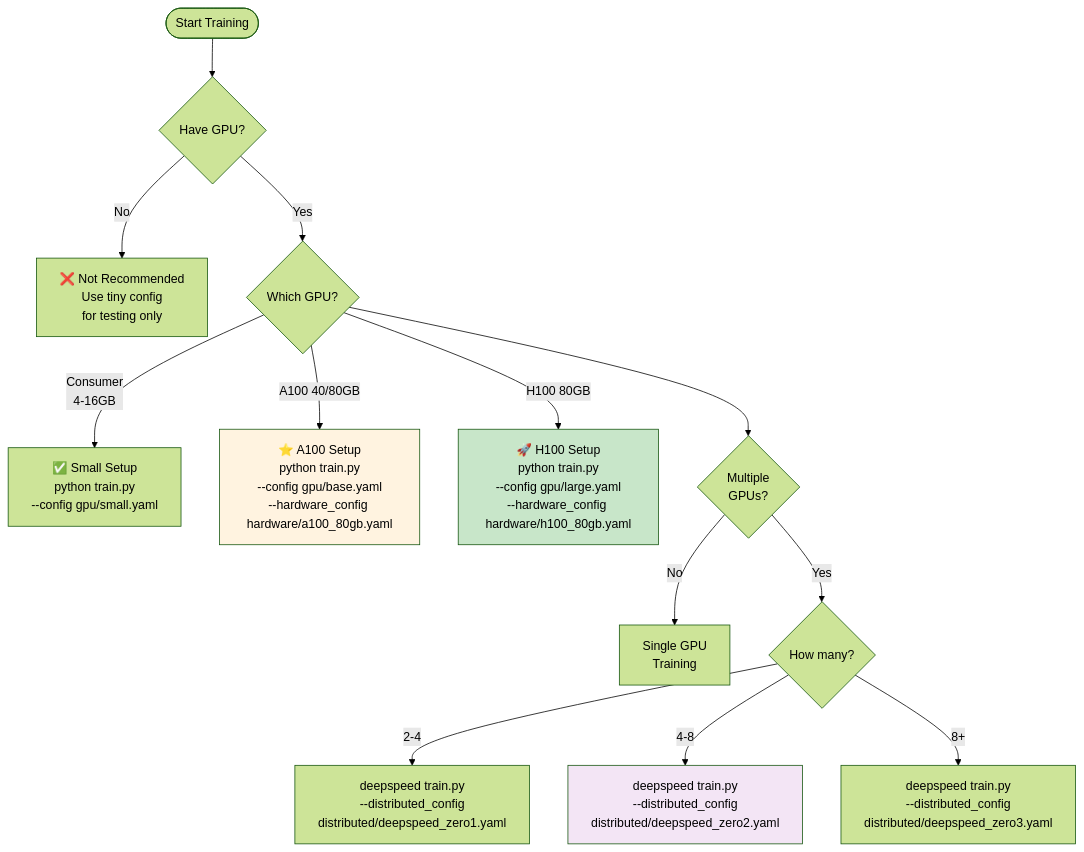
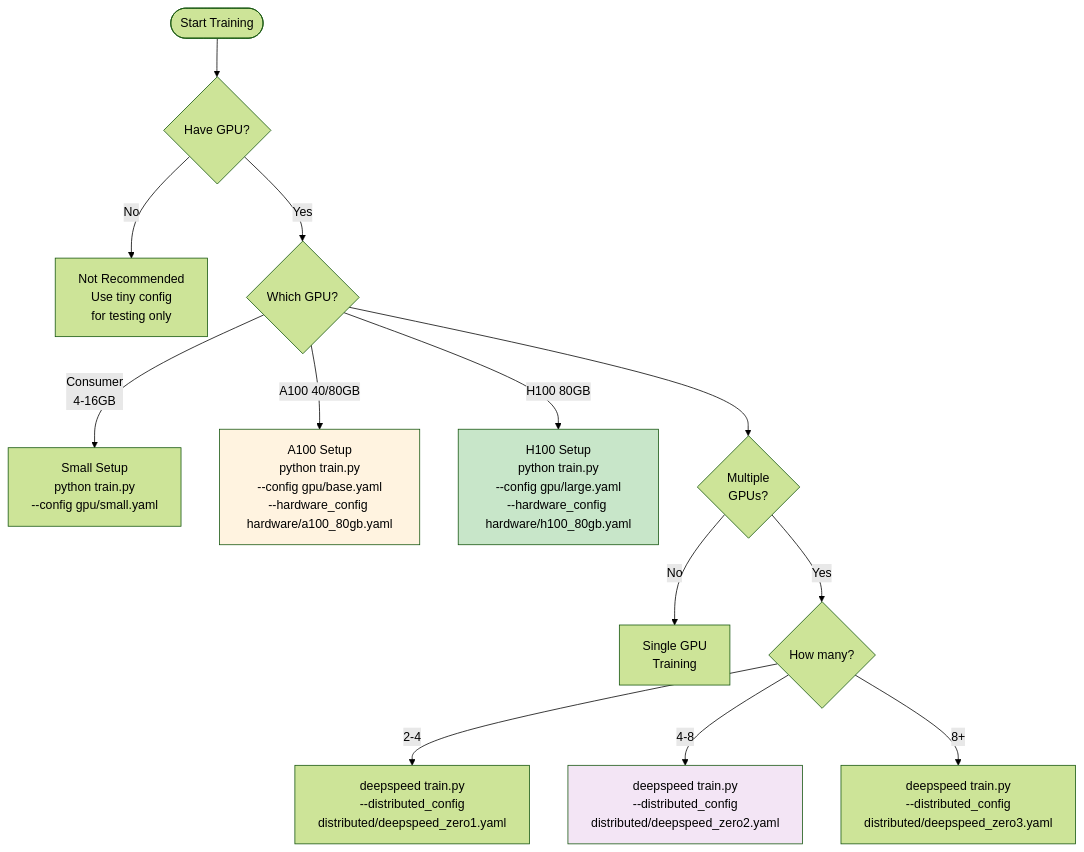
Before and after one commit to Pizzaman213/Ava_AI: the first of 6 diagrams in code/docs/QUICK_REFERENCE.md, drawn with Mermaid (forest theme). The commit also changed other lines of this file and 215 other files, not shown here.

````diff
--- a/code/docs/QUICK_REFERENCE.md
+++ b/code/docs/QUICK_REFERENCE.md
@@ -23,24 +23,24 @@
 ```mermaid
 flowchart TD
     Start([Start Training]) --> Q1{Have GPU?}
 
-    Q1 -->|No| CPU[❌ Not Recommended<br/>Use tiny config<br/>for testing only]
+    Q1 -->|No| CPU[ Not Recommended<br/>Use tiny config<br/>for testing only]
     Q1 -->|Yes| Q2{Which GPU?}
 
-    Q2 -->|Consumer<br/>4-16GB| Small["✅ Small Setup<br/>python train.py<br/>--config gpu/small.yaml"]
-    Q2 -->|A100 40/80GB| A100["⭐ A100 Setup<br/>python train.py<br/>--config gpu/base.yaml<br/>--hardware_config hardware/a100_80gb.yaml"]
-    Q2 -->|H100 80GB| H100["🚀 H100 Setup<br/>python train.py<br/>--config gpu/large.yaml<br/>--hardware_config hardware/h100_80gb.yaml"]
+    Q2 -->|Consumer<br/>4-16GB| Small[" Small Setup<br/>python train.py<br/>--config gpu/small.yaml"]
+    Q2 -->|A100 40/80GB| A100[" A100 Setup<br/>python train.py<br/>--config gpu/base.yaml<br/>--hardware_config hardware/a100_80gb.yaml"]
+    Q2 -->|H100 80GB| H100[" H100 Setup<br/>python train.py<br/>--config gpu/large.yaml<br/>--hardware_config hardware/h100_80gb.yaml"]
 
     Q2 --> Q3{Multiple<br/>GPUs?}
 
     Q3 -->|No| Single[Single GPU<br/>Training]
     Q3 -->|Yes| Multi{How many?}
 
     Multi -->|2-4| Z1["deepspeed train.py<br/>--distributed_config<br/>distributed/deepspeed_zero1.yaml"]
     Multi -->|4-8| Z2["deepspeed train.py<br/>--distributed_config<br/>distributed/deepspeed_zero2.yaml"]
     Multi -->|8+| Z3["deepspeed train.py<br/>--distributed_config<br/>distributed/deepspeed_zero3.yaml"]
 
     style H100 fill:#c8e6c9
     style A100 fill:#fff3e0
     style Z2 fill:#f3e5f5
 ```
````
